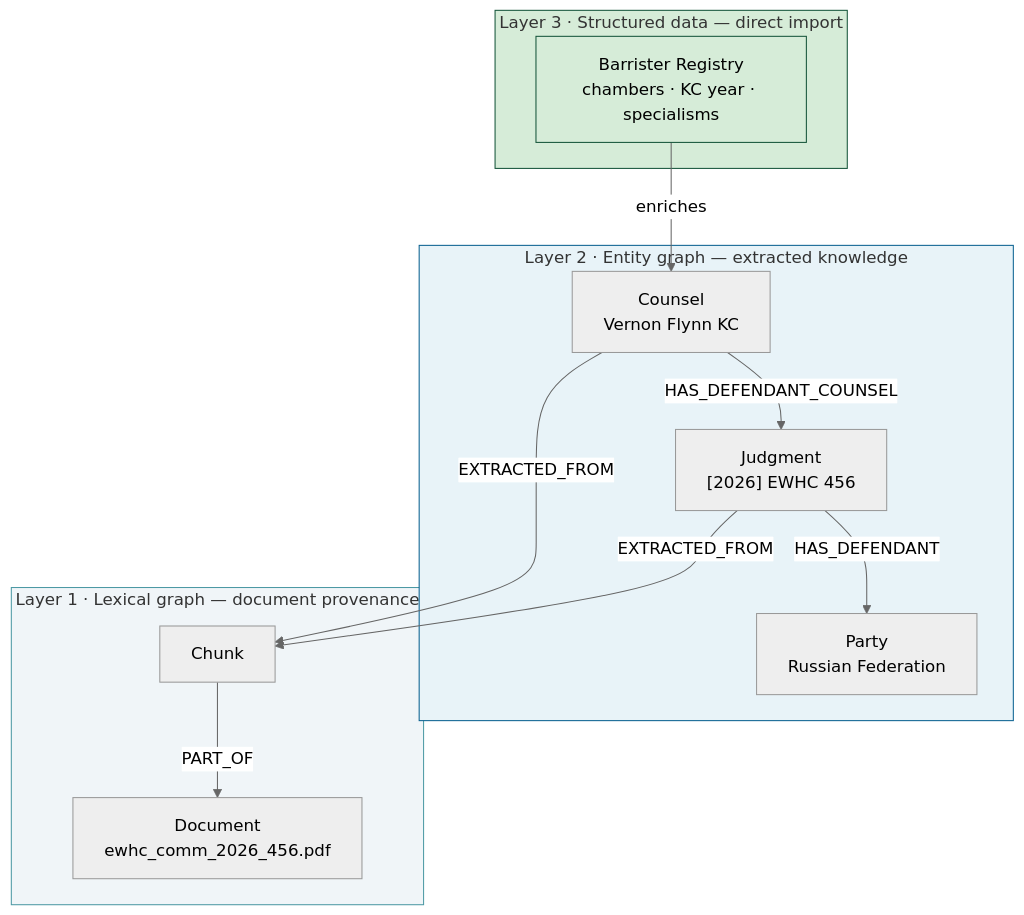
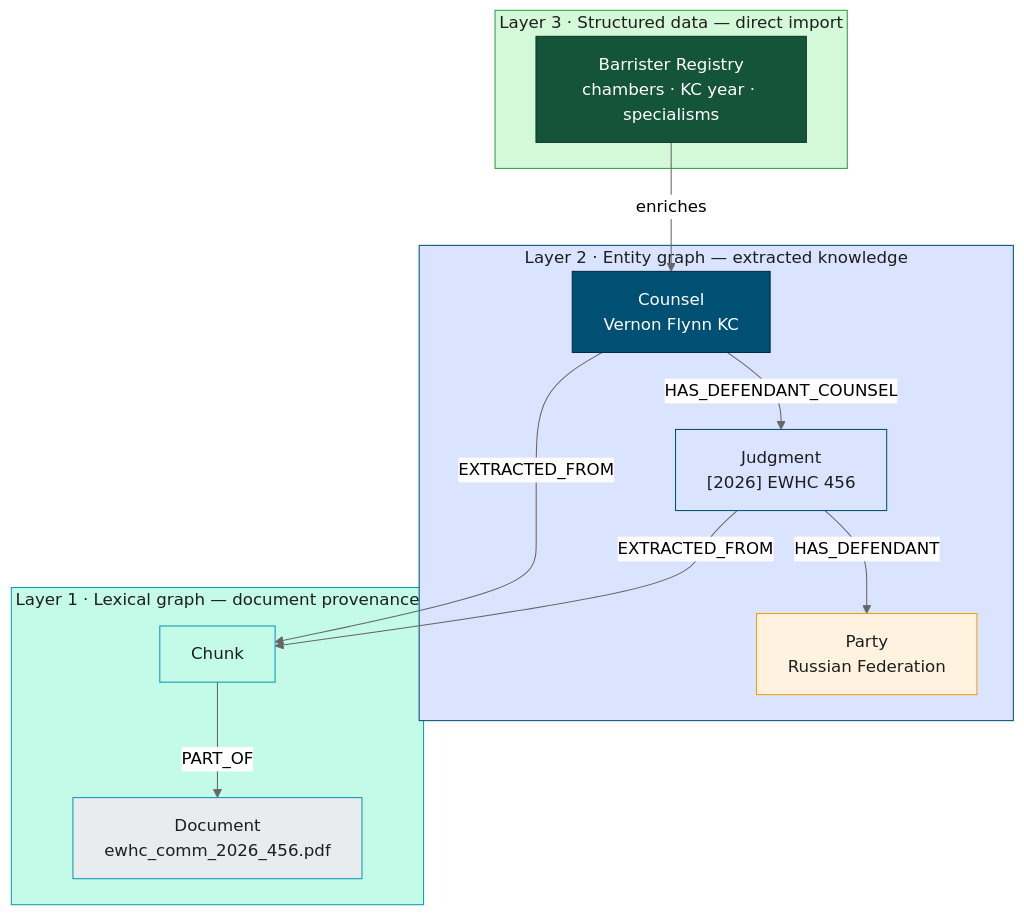
One commit to joy-neo4j/graph-intelligence-agent changed the ninth of 13 diagrams in outputs/Graph_Intelligence_Technical_DeepDive.md. Above: the diagram before and after it, drawn with Mermaid (neutral theme). The commit also changed other lines of this file and 1 other file, not shown here.

First line of the commit message:
style(diagrams): restyle all Mermaid diagrams for contrast and colour

````diff
--- a/outputs/Graph_Intelligence_Technical_DeepDive.md
+++ b/outputs/Graph_Intelligence_Technical_DeepDive.md
@@ -506,20 +535,25 @@
 ```mermaid
 graph TD
     subgraph S["Layer 3 · Structured data — direct import"]
         SR["Barrister Registry<br/>chambers · KC year · specialisms"]
     end
     subgraph E["Layer 2 · Entity graph — extracted knowledge"]
         Counsel["Counsel<br/>Vernon Flynn KC"] -->|HAS_DEFENDANT_COUNSEL| Judgment["Judgment<br/>[2026] EWHC 456"]
         Judgment -->|HAS_DEFENDANT| Party["Party<br/>Russian Federation"]
     end
     subgraph L["Layer 1 · Lexical graph — document provenance"]
         C["Chunk"] -->|PART_OF| Doc["Document<br/>ewhc_comm_2026_456.pdf"]
     end
     SR -->|enriches| Counsel
     Counsel -->|EXTRACTED_FROM| C
     Judgment -->|EXTRACTED_FROM| C
-    style S fill:#D6ECD8,stroke:#145439
-    style E fill:#E8F3F8,stroke:#0A6190
-    style L fill:#F0F5F8,stroke:#4C99A4
-    style SR fill:#D6ECD8,stroke:#145439
+    style S fill:#d3f9d8,stroke:#2f9e44,color:#1e1e1e
+    style E fill:#dbe4ff,stroke:#005073,color:#1e1e1e
+    style L fill:#c3fae8,stroke:#1098ad,color:#1e1e1e
+    style SR fill:#145439,stroke:#0d3a26,color:#fff
+    style Counsel fill:#005073,stroke:#002B43,color:#fff
+    style Judgment fill:#dbe4ff,stroke:#005073,color:#1e1e1e
+    style Party fill:#fff3e0,stroke:#f59f00,color:#1e1e1e
+    style C fill:#c3fae8,stroke:#1098ad,color:#1e1e1e
+    style Doc fill:#e9ecef,stroke:#1098ad,color:#1e1e1e
 ```
````
